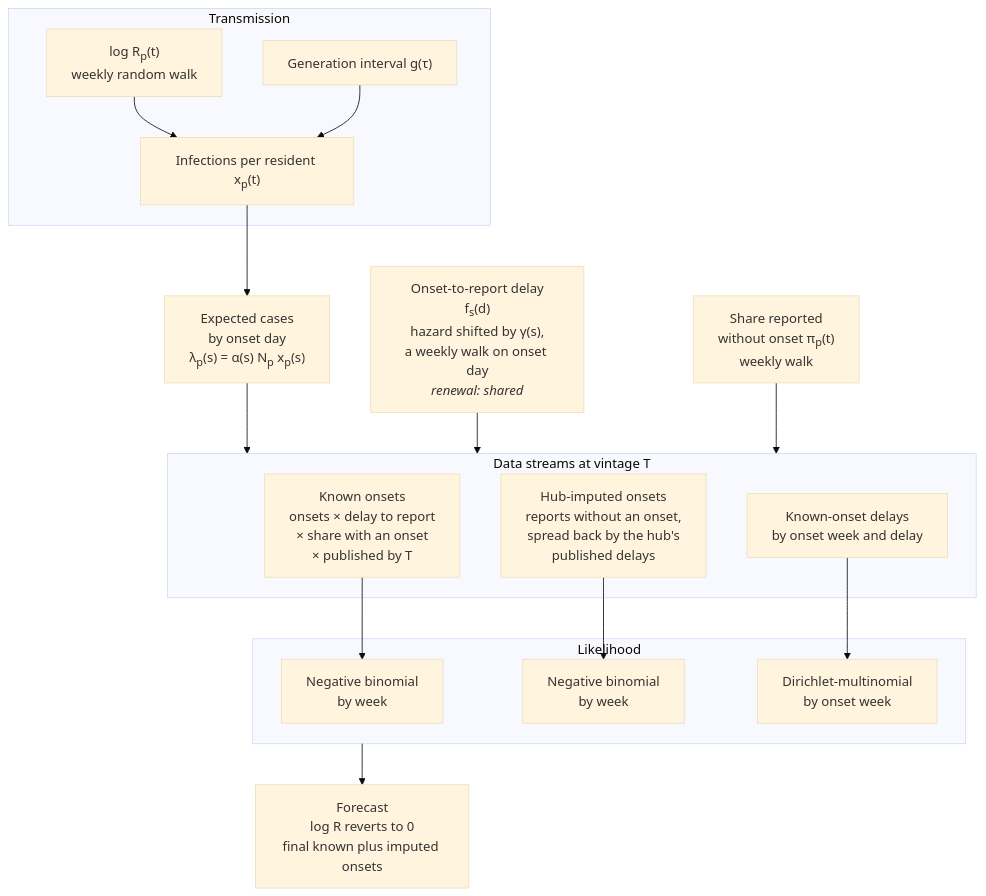
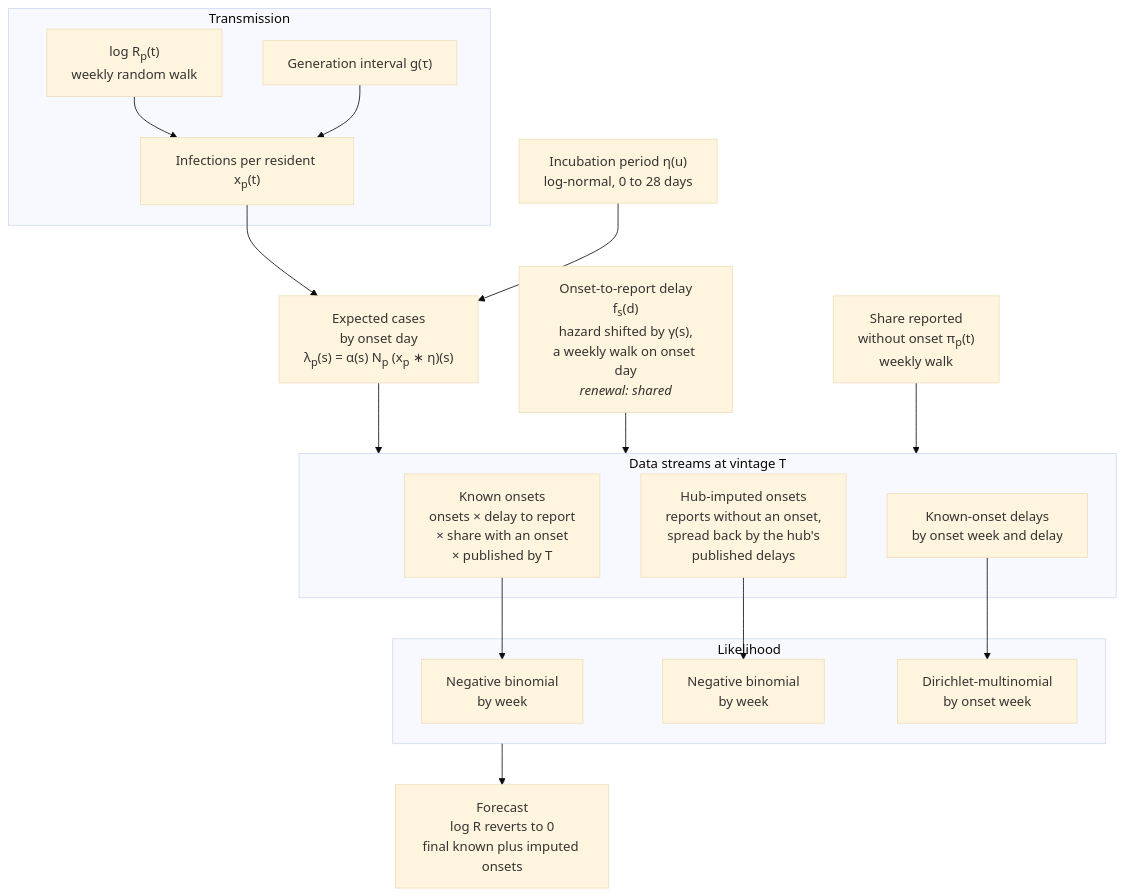
One commit to seabbs/BDBVHubRenewal changed the second of 4 diagrams in docs/methods/model.md. Above: the diagram before and after it, drawn with Mermaid (base theme). The commit also changed other lines of this file and 1 other file, not shown here.

Commit message:
Show the incubation period and infection-day BVD alignment in the schematics

````diff
--- a/docs/methods/model.md
+++ b/docs/methods/model.md
@@ -33,33 +33,35 @@
 ```mermaid
 flowchart TD
     subgraph TR["Transmission"]
         RT["log R<sub>p</sub>(t)<br/>weekly random walk"]
         GI["Generation interval g(τ)"]
         INF["Infections per resident x<sub>p</sub>(t)"]
     end
-    ONS["Expected cases<br/>by onset day<br/>λ<sub>p</sub>(s) = α(s) N<sub>p</sub> x<sub>p</sub>(s)"]
+    ONS["Expected cases<br/>by onset day<br/>λ<sub>p</sub>(s) = α(s) N<sub>p</sub> (x<sub>p</sub> ∗ η)(s)"]
+    INC["Incubation period η(u)<br/>log-normal, 0 to 28 days"]
     DEL["Onset-to-report delay<br/>f<sub>s</sub>(d)<br/>hazard shifted by γ(s),<br/>a weekly walk on onset day<br/><i>renewal: shared</i>"]
     MISS["Share reported<br/>without onset π<sub>p</sub>(t)<br/>weekly walk"]
     subgraph OB["Data streams at vintage T"]
         KN["Known onsets<br/>onsets × delay to report<br/>× share with an onset<br/>× published by T"]
         IM["Hub-imputed onsets<br/>reports without an onset,<br/>spread back by the hub's<br/>published delays"]
         DC["Known-onset delays<br/>by onset week and delay"]
     end
     subgraph LK["Likelihood"]
         LKN["Negative binomial<br/>by week"]
         LKI["Negative binomial<br/>by week"]
         LKD["Dirichlet-multinomial<br/>by onset week"]
     end
     FC["Forecast<br/>log R reverts to 0<br/>final known plus imputed onsets"]
 
     RT --> INF
     GI --> INF
     INF --> ONS
+    INC --> ONS
     ONS --> OB
     DEL --> OB
     MISS --> OB
     KN --> LKN
     IM --> LKI
     DC --> LKD
     LK --> FC
 ```
````
